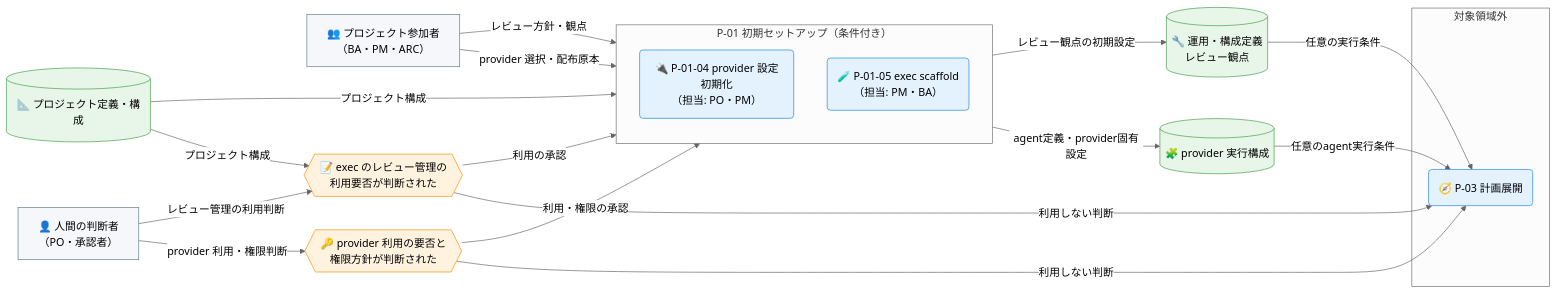
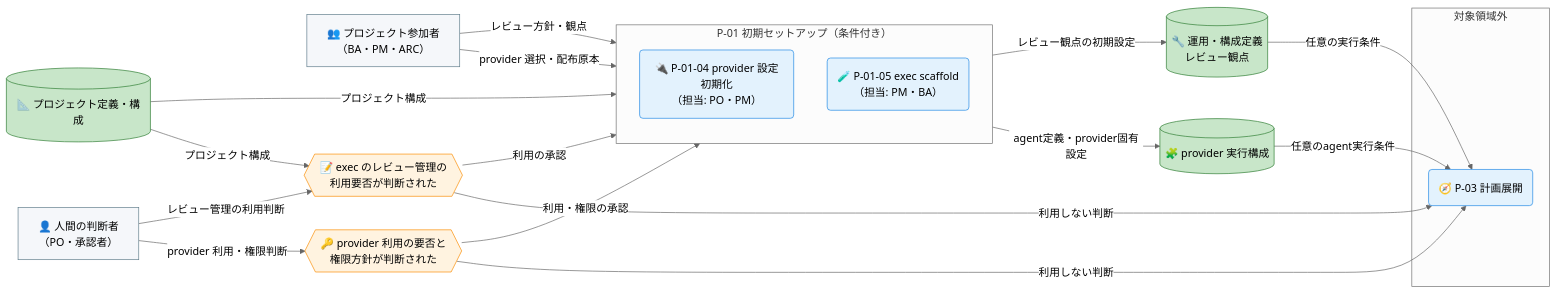
The second of 2 diagrams in docs/ja/product/010-business-specs/010-data-flow/cdfd-init.md (specdojo/specdojo), drawn with Mermaid (neutral theme) before and after one commit. The commit also changed other lines of this file and 6 other files, not shown here.

````diff
--- a/docs/ja/product/010-business-specs/010-data-flow/cdfd-init.md
+++ b/docs/ja/product/010-business-specs/010-data-flow/cdfd-init.md
@@ -103,50 +105,51 @@
 ```mermaid
 flowchart LR
   classDef process fill:#e3f2fd,stroke:#1e88e5,color:#000
   classDef event fill:#fff3e0,stroke:#fb8c00,color:#000
-  classDef store fill:#e8f5e9,stroke:#43a047,color:#000
+  classDef storeMaster fill:#c8e6c9,stroke:#2e7d32,color:#000
+  classDef storeTransaction fill:#e8f5e9,stroke:#43a047,color:#000
   classDef actor fill:#f5f7fa,stroke:#607d8b,color:#000
 
   人間判断者["👤 人間の判断者<br>（PO・承認者）"]
   プロジェクト参加者["👥 プロジェクト参加者<br>（BA・PM・ARC）"]
 
   provider利用判断{{"🔑 provider 利用の要否と<br>権限方針が判断された"}}
   exec利用判断{{"📝 exec のレビュー管理の<br>利用要否が判断された"}}
 
   プロジェクト構成[("📐 プロジェクト定義・構成")]
 
   subgraph 初期セットアップ["P-01 初期セットアップ（条件付き）"]
     direction TB
     provider初期化("🔌 P-01-04 provider 設定初期化<br>（担当: PO・PM）")
     execScaffold("🧪 P-01-05 exec scaffold<br>（担当: PM・BA）")
   end
 
   provider実行構成[("🧩 provider 実行構成")]
   運用構成定義[("🔧 運用・構成定義<br>レビュー観点")]
 
   subgraph 領域外["対象領域外"]
     計画展開("🧭 P-03 計画展開")
   end
 
   人間判断者 -->|"provider 利用・権限判断"| provider利用判断
   provider利用判断 -->|"利用・権限の承認"| provider初期化
   provider利用判断 -->|"利用しない判断"| 計画展開
   プロジェクト構成 -->|"プロジェクト構成"| provider初期化
   プロジェクト参加者 -->|"provider 選択・配布原本"| provider初期化
   provider初期化 -->|"agent定義・provider固有設定"| provider実行構成
 
   人間判断者 -->|"レビュー管理の利用判断"| exec利用判断
   プロジェクト構成 -->|"プロジェクト構成"| exec利用判断
   exec利用判断 -->|"利用の承認"| execScaffold
   exec利用判断 -->|"利用しない判断"| 計画展開
   プロジェクト参加者 -->|"レビュー方針・観点"| execScaffold
   execScaffold -->|"レビュー観点の初期設定"| 運用構成定義
 
   運用構成定義 -->|"任意の実行条件"| 計画展開
   provider実行構成 -->|"任意のagent実行条件"| 計画展開
 
   class provider初期化,execScaffold,計画展開 process
   class provider利用判断,exec利用判断 event
-  class プロジェクト構成,provider実行構成,運用構成定義 store
+  class プロジェクト構成,provider実行構成,運用構成定義 storeMaster
   class 人間判断者,プロジェクト参加者 actor
 ```
````
